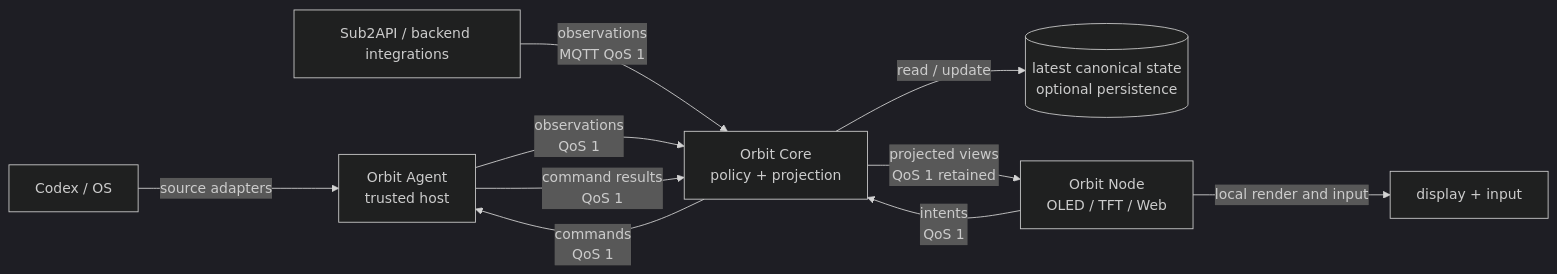
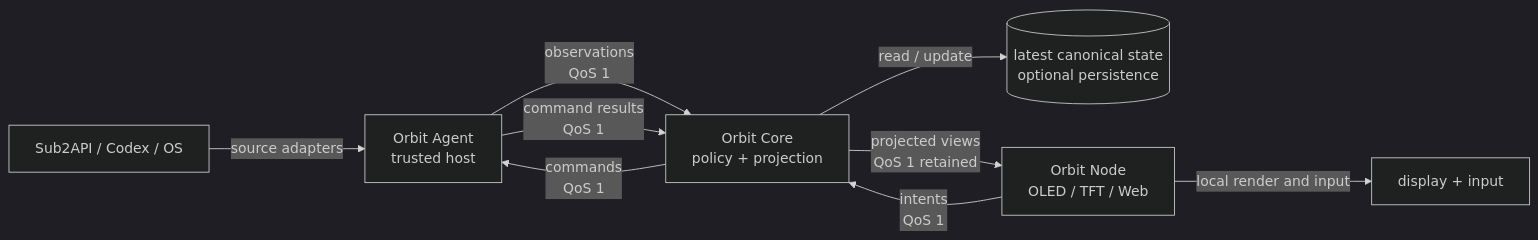
The first of 4 diagrams in docs/design.md (leowzz/orbit), drawn with Mermaid (dark theme) before and after one commit. The commit also changed other lines of this file and 7 other files, not shown here.

````diff
--- a/docs/design.md
+++ b/docs/design.md
@@ -59,20 +59,18 @@
 ```mermaid
 flowchart LR
-    Sources[Codex / OS]
-    BackendSources[Sub2API / backend integrations]
+    Sources[Sub2API / Codex / OS]
     Agent[Orbit Agent<br/>trusted host]
     Core[Orbit Core<br/>policy + projection]
     State[(latest canonical state<br/>optional persistence)]
     Node[Orbit Node<br/>OLED / TFT / Web]
     Display[display + input]
 
     Sources -->|source adapters| Agent
-    BackendSources -->|observations<br/>MQTT QoS 1| Core
     Agent -->|observations<br/>QoS 1| Core
     Core -->|commands<br/>QoS 1| Agent
     Agent -->|command results<br/>QoS 1| Core
     Core -->|read / update| State
     Core -->|projected views<br/>QoS 1 retained| Node
     Node -->|intents<br/>QoS 1| Core
     Node -->|local render and input| Display
 ```
````
